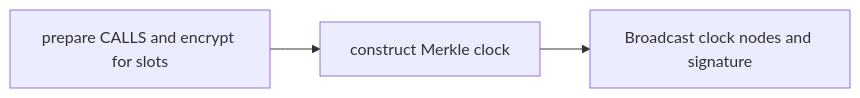
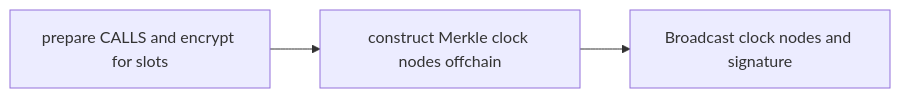
Before and after one commit to ideal-lab5/Grants-Program: the first of 7 diagrams in applications/etf_network.md, drawn with Mermaid. The commit also changed other lines of this file, not shown here.

````diff
--- a/applications/etf_network.md
+++ b/applications/etf_network.md
@@ -74,5 +75,5 @@
 ```mermaid
 graph LR;
-   A[prepare CALLS and encrypt for slots]-->B[construct Merkle clock];
+   A[prepare CALLS and encrypt for slots]-->B[construct Merkle clock nodes offchain];
    B-->C[Broadcast clock nodes and signature];
 ```
````
